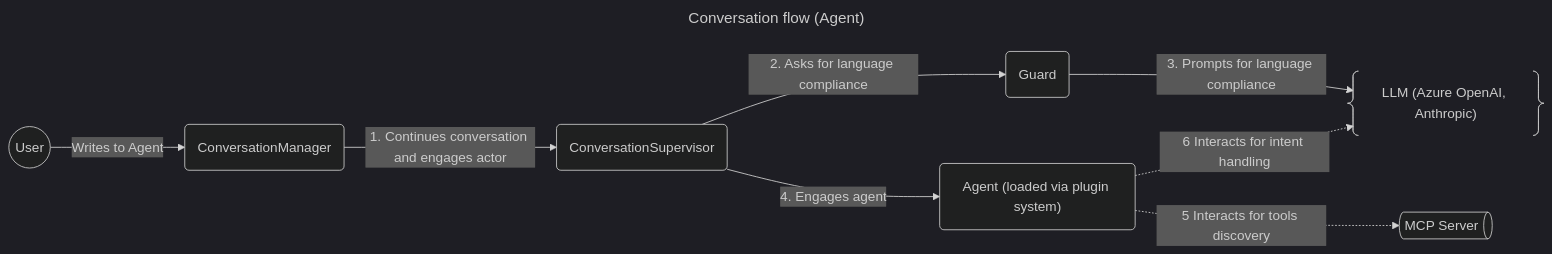
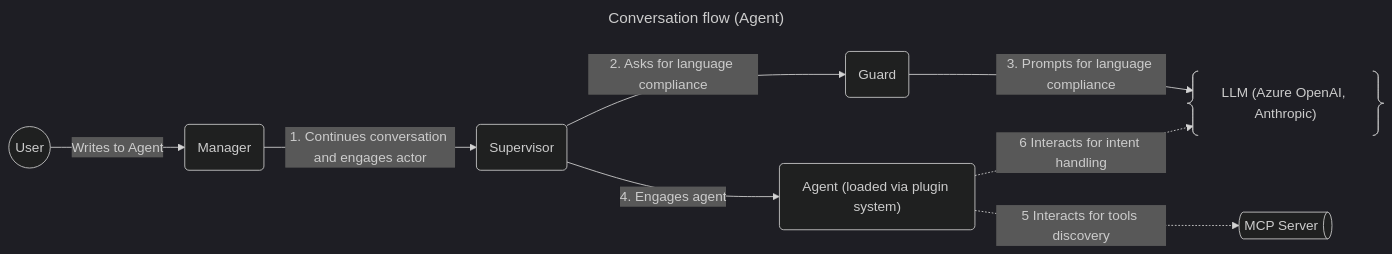
One commit to mdesalvo/Morgana changed the second of 2 diagrams in README.md. Above: the diagram before and after it, drawn with Mermaid (dark theme). The commit also changed other lines of this file, not shown here.

````diff
--- a/README.md
+++ b/README.md
@@ -65,16 +66,16 @@
 ```mermaid
 ---
 title: Conversation flow (Agent)
 ---
 graph LR
   U@{shape: circle, label: "User"} -- Writes to Agent --> CM@{shape: rounded, label: "ConversationManager"}
-  CM@{shape: rounded, label: "ConversationManager"} -- 1. Continues conversation and engages actor --> SV@{shape: rounded, label: "ConversationSupervisor"}
+  CM@{shape: rounded, label: "Manager"} -- 1. Continues conversation and engages actor --> SV@{shape: rounded, label: "Supervisor"}
 
-  SV@{shape: rounded, label: "ConversationSupervisor"} -- 2. Asks for language compliance --> G@{shape: rounded, label: "Guard"}
-  SV@{shape: rounded, label: "ConversationSupervisor"} -- 4. Engages agent --> MA@{shape: rounded, label: "MorganaAgent (loaded via plugin system)"}
+  SV@{shape: rounded, label: "Supervisor"} -- 2. Asks for language compliance --> G@{shape: rounded, label: "Guard"}
+  SV@{shape: rounded, label: "Supervisor"} -- 4. Engages agent --> MA@{shape: rounded, label: "MorganaAgent (loaded via plugin system)"}
 
   G@{shape: rounded, label: "Guard"} -- 3. Prompts for language compliance --> LLM
 
   MA@{shape: rounded, label: "Agent (loaded via plugin system)"} -. 5 Interacts for tools discovery .-> MCP@{shape: das, label: "MCP Server"}
   MA@{shape: rounded, label: "Agent (loaded via plugin system)"} -. 6 Interacts for intent handling .-> LLM@{shape: braces, label: "LLM (Azure OpenAI, Anthropic)"}
 ```
````
